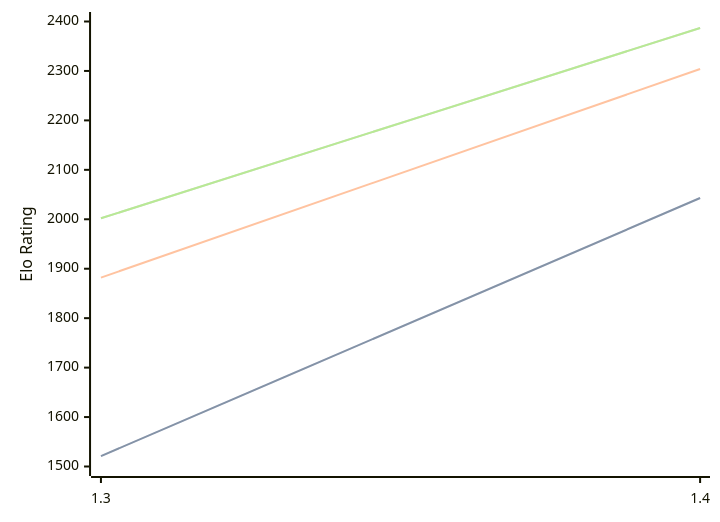
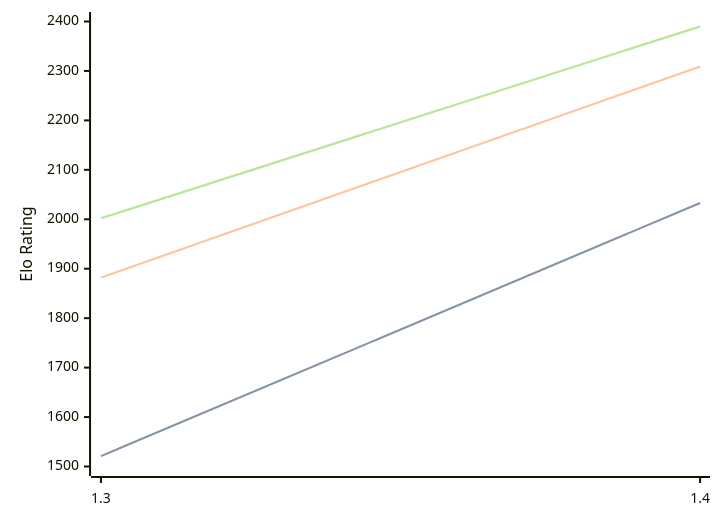
The diagram in engines/Facon.md (computer-chess-index/cci), drawn with Mermaid before and after one commit. The commit also changed other lines of this file, not shown here.

Commit message:
Update CCI Ratings (ELO VLTC) - 2026-04-29

````diff
--- a/engines/Facon.md
+++ b/engines/Facon.md
@@ -35,11 +35,11 @@
 ```mermaid
 %%{init: {"theme":"base","themeVariables":{"seriesColors:['#a3a3a3','#222221','#faa371']}}}%%
 xychart-beta
   x-axis ["1.3", "1.4"]
   y-axis "Elo Rating" 1500 --> 2400
-  line "STC (8.0+0.08s)" [1521, 2043]
-  line "STC (8.0+0.08s)" [1521, 2043]
-  line "LTC (60.0+0.60s)" [1882, 2304]
-  line "VLTC (2m24s+1.12s)" [2002, 2387]
-  line "VLTC (2m24s+1.12s)" [2002, 2387]
+  line "STC (8.0+0.08s)" [1521, 2033]
+  line "STC (8.0+0.08s)" [1521, 2033]
+  line "LTC (60.0+0.60s)" [1882, 2309]
+  line "VLTC (2m24s+1.12s)" [2002, 2390]
+  line "VLTC (2m24s+1.12s)" [2002, 2390]
 ```
````
